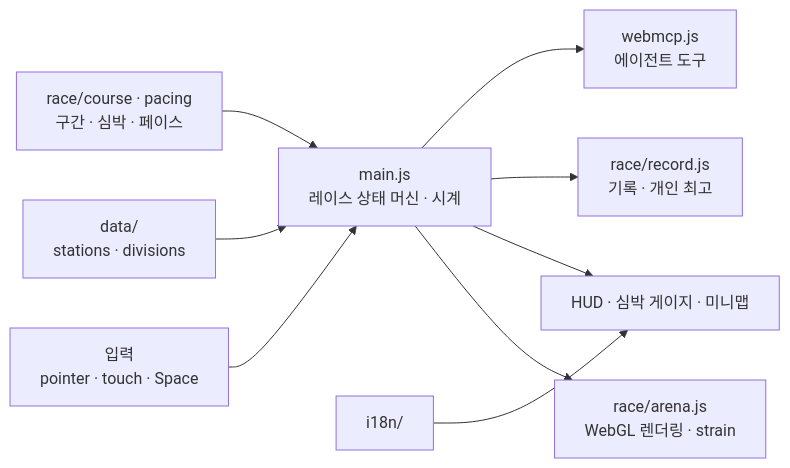
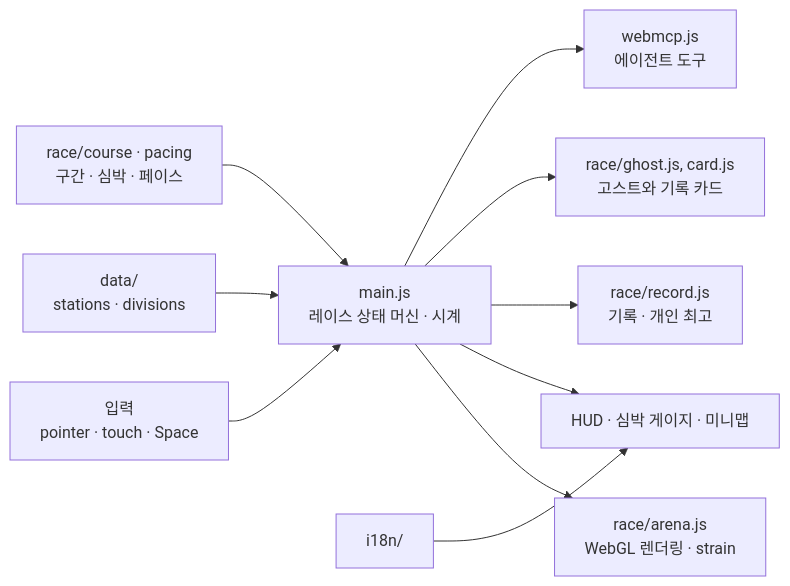
The first of 2 diagrams in README.md (leeseooo/hyrox-first-lap), drawn with Mermaid before and after one commit. The commit also changed other lines of this file and 1 other file, not shown here.

Commit message:
docs: README와 WebMCP 설명에 고스트와 기록 카드 추가

````diff
--- a/README.md
+++ b/README.md
@@ -55,11 +56,12 @@
 ```mermaid
 flowchart LR
   input["입력<br/>pointer · touch · Space"] --> main["main.js<br/>레이스 상태 머신 · 시계"]
   data["data/<br/>stations · divisions"] --> main
   pacing["race/course · pacing<br/>구간 · 심박 · 페이스"] --> main
   main --> arena["race/arena.js<br/>WebGL 렌더링 · strain"]
   main --> hud["HUD · 심박 게이지 · 미니맵"]
   main --> record["race/record.js<br/>기록 · 개인 최고"]
+  main --> ghost["race/ghost.js, card.js<br/>고스트와 기록 카드"]
   i18n["i18n/"] --> hud
   main --> webmcp["webmcp.js<br/>에이전트 도구"]
 ```
````
